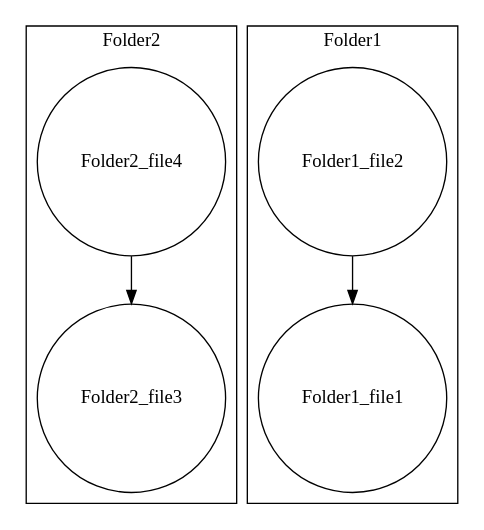
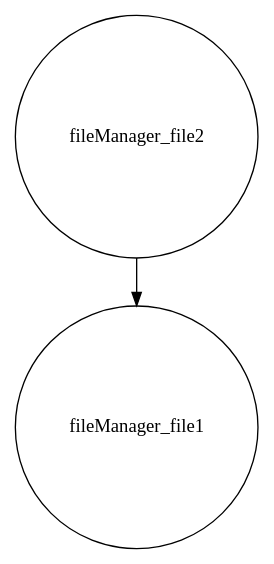
One commit to kallmejoe/Recent-file-manager-using-splay changed the diagram in fileManager.dot. Above: the diagram before and after it, drawn with Graphviz. The commit also changed 2 other files, not shown here.

Commit message:
Refactor FileExplorer destructor and methods; clean up comments and improve readability

```diff
--- a/fileManager.dot
+++ b/fileManager.dot
@@ -1,13 +1,4 @@
-digraph FileExplorer {
-    node [shape=folder];
-    subgraph cluster_Folder2 {
-        label = "Folder2";
-        node [shape=circle];
-    "Folder2_file4" -> "Folder2_file3";
-    }
-    subgraph cluster_Folder1 {
-        label = "Folder1";
-        node [shape=circle];
-    "Folder1_file2" -> "Folder1_file1";
-    }
+digraph BST {
+    node [shape=circle];
+    "fileManager_file2" -> "fileManager_file1";
 }
```
